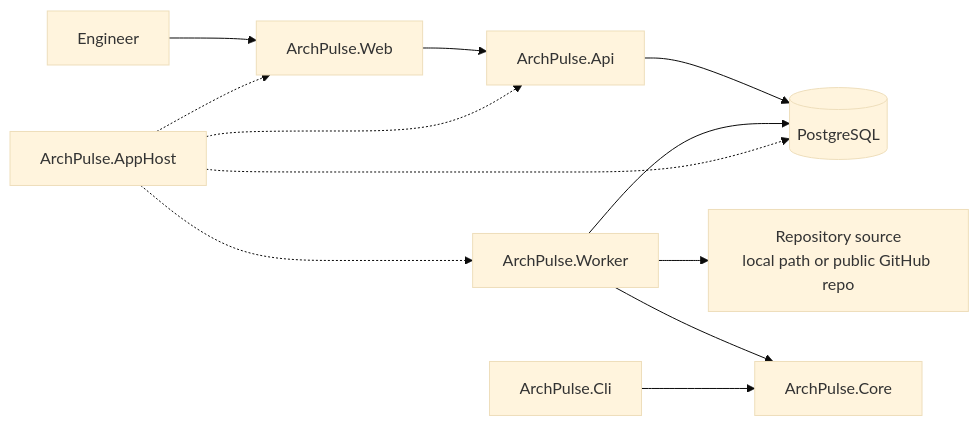
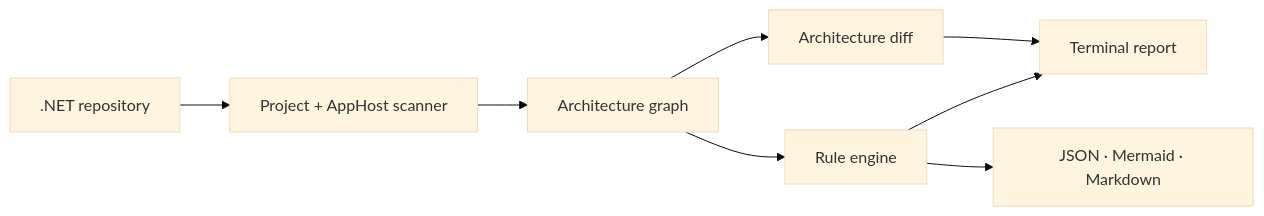
The first of 2 diagrams in docs/architecture.md (vinycalves/archpulse), drawn with Mermaid (base theme) before and after one commit. The commit also changed other lines of this file and 85 other files, not shown here.

Commit message:
feat!: pivot to terminal-first architecture governance (#16)

````diff
--- a/docs/architecture.md
+++ b/docs/architecture.md
@@ -5,14 +7,10 @@
 ```mermaid
 flowchart LR
-  User["Engineer"] --> Web["ArchPulse.Web"]
-  Web --> Api["ArchPulse.Api"]
-  Api --> Db[("PostgreSQL")]
-  Worker["ArchPulse.Worker"] --> Db
-  Worker --> Source["Repository source<br/>local path or public GitHub repo"]
-  Worker --> Core["ArchPulse.Core"]
-  Cli["ArchPulse.Cli"] --> Core
-  AppHost["ArchPulse.AppHost"] -.-> Web
-  AppHost -.-> Api
-  AppHost -.-> Worker
-  AppHost -.-> Db
+  Repo[".NET repository"] --> Scan["Project + AppHost scanner"]
+  Scan --> Graph["Architecture graph"]
+  Graph --> Rules["Rule engine"]
+  Rules --> Report["Terminal report"]
+  Rules --> Files["JSON · Mermaid · Markdown"]
+  Graph --> Diff["Architecture diff"]
+  Diff --> Report
 ```
````
